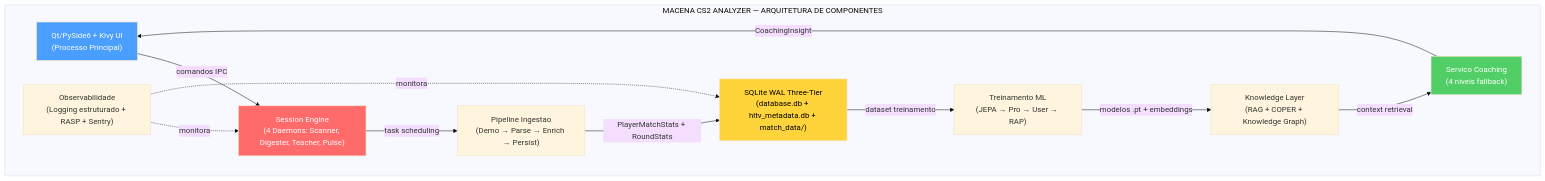
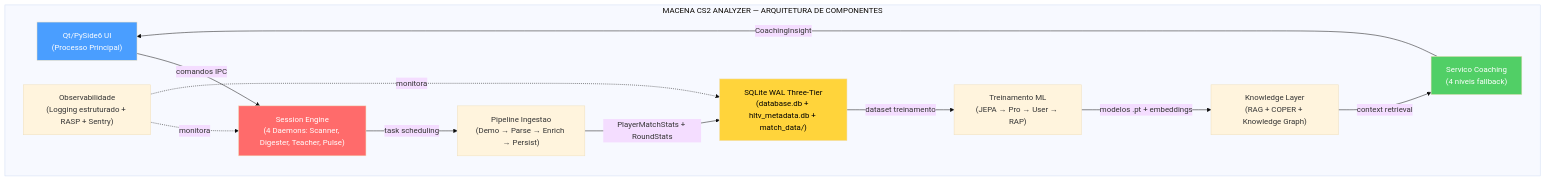
Before and after one commit to renanaugustomacena-ux/Counter-Strike-coach-AI: the ninth of 53 diagrams in docs/books/Book-Coach-3-pt.md, drawn with Mermaid (base theme). The commit also changed other lines of this file and 2 other files, not shown here.

First line of the commit message:
docs: update Book-Coach-3 trilogy — remove Kivy, fix screen/test counts

````diff
--- a/docs/books/Book-Coach-3-pt.md
+++ b/docs/books/Book-Coach-3-pt.md
@@ -598,26 +598,26 @@
 ```mermaid
 flowchart TB
     subgraph SYSTEM["MACENA CS2 ANALYZER — ARQUITETURA DE COMPONENTES"]
-        UI["Qt/PySide6 + Kivy UI<br/>(Processo Principal)"]
+        UI["Qt/PySide6 UI<br/>(Processo Principal)"]
         SE["Session Engine<br/>(4 Daemons: Scanner, Digester, Teacher, Pulse)"]
         DB["SQLite WAL Three-Tier<br/>(database.db + hltv_metadata.db + match_data/)"]
         INGEST["Pipeline Ingestao<br/>(Demo → Parse → Enrich → Persist)"]
         TRAIN["Treinamento ML<br/>(JEPA → Pro → User → RAP)"]
         KB["Knowledge Layer<br/>(RAG + COPER + Knowledge Graph)"]
         COACH["Servico Coaching<br/>(4 niveis fallback)"]
         OBS["Observabilidade<br/>(Logging estruturado + RASP + Sentry)"]
     end
     UI -->|"comandos IPC"| SE
     SE -->|"task scheduling"| INGEST
     INGEST -->|"PlayerMatchStats + RoundStats"| DB
     DB -->|"dataset treinamento"| TRAIN
     TRAIN -->|"modelos .pt + embeddings"| KB
     KB -->|"context retrieval"| COACH
     COACH -->|"CoachingInsight"| UI
     OBS -.->|"monitora"| SE
     OBS -.->|"monitora"| DB
     style UI fill:#4a9eff,color:#fff
     style SE fill:#ff6b6b,color:#fff
     style DB fill:#ffd43b,color:#000
     style COACH fill:#51cf66,color:#fff
 ```
````
